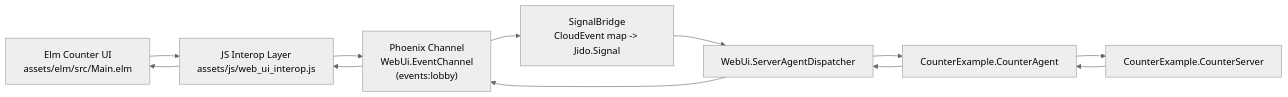
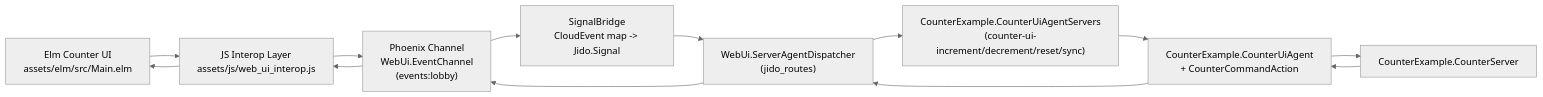
Before and after one commit to pcharbon70/web_ui: the diagram in examples/counter/README.md, drawn with Mermaid (neutral theme). The commit also changed other lines of this file and 10 other files, not shown here.

Commit message:
feat: route counter commands to per-button jido agents

````diff
--- a/examples/counter/README.md
+++ b/examples/counter/README.md
@@ -42,14 +42,15 @@
 ```mermaid
 flowchart LR
     A["Elm Counter UI\nassets/elm/src/Main.elm"] --> B["JS Interop Layer\nassets/js/web_ui_interop.js"]
     B --> C["Phoenix Channel\nWebUi.EventChannel\n(events:lobby)"]
     C --> D["SignalBridge\nCloudEvent map -> Jido.Signal"]
-    D --> E["WebUi.ServerAgentDispatcher"]
-    E --> F["CounterExample.CounterAgent"]
-    F --> G["CounterExample.CounterServer"]
-    G --> F
-    F --> E
+    D --> E["WebUi.ServerAgentDispatcher\n(jido_routes)"]
+    E --> F["CounterExample.CounterUiAgentServers\n(counter-ui-increment/decrement/reset/sync)"]
+    F --> G["CounterExample.CounterUiAgent\n+ CounterCommandAction"]
+    G --> H["CounterExample.CounterServer"]
+    H --> G
+    G --> E
     E --> C
     C --> B
     B --> A
 ```
````
